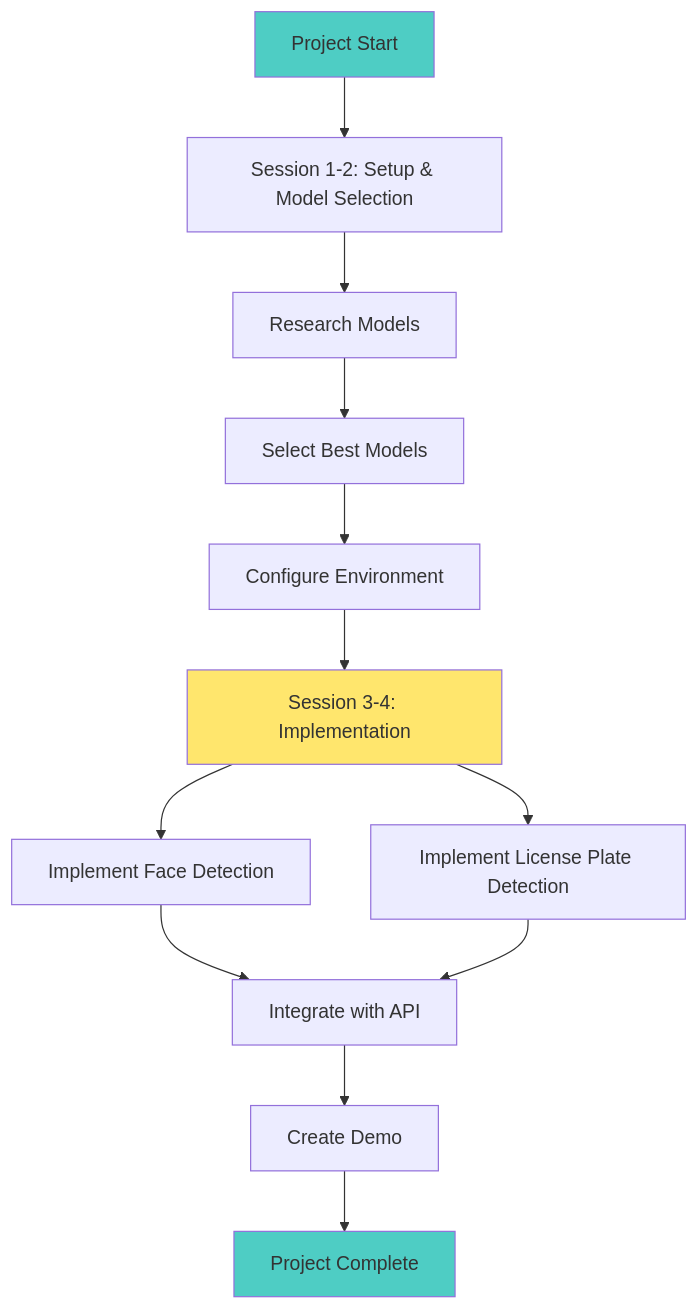
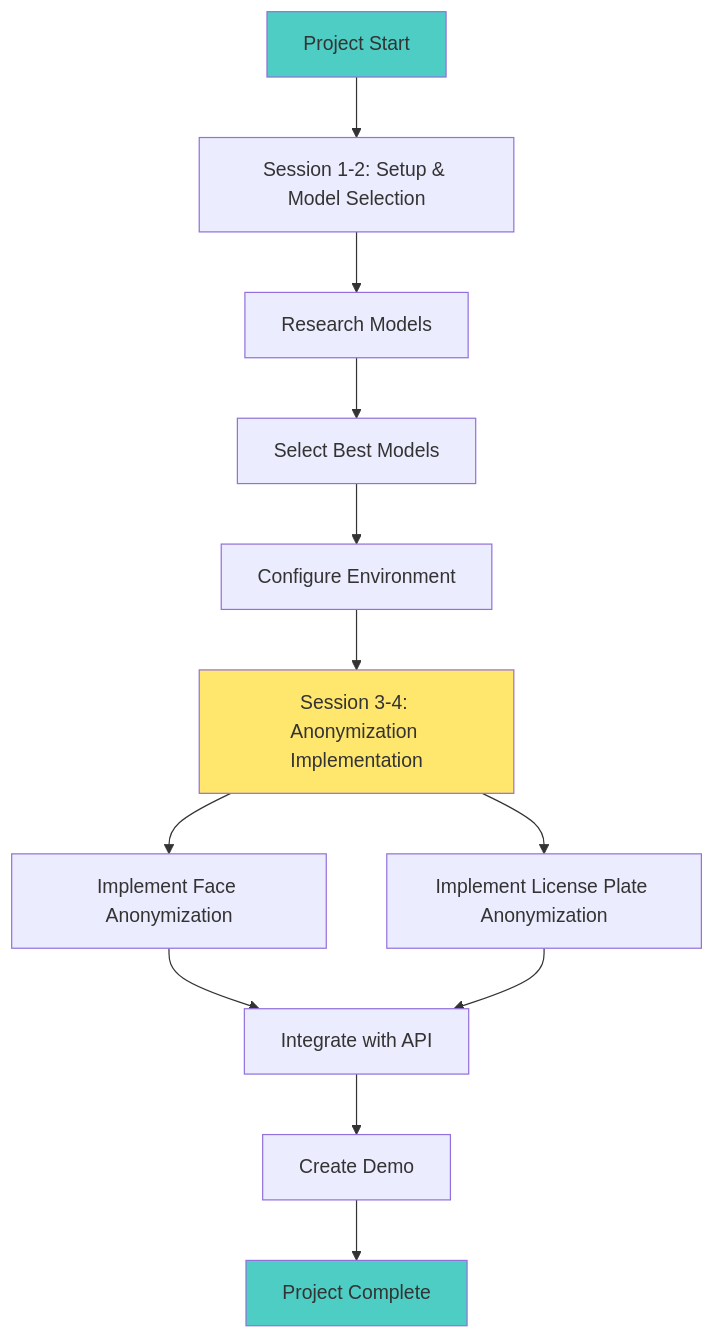
The first of 5 diagrams in docs/PROCESSES.md (FidFenix/htw-emerging-photo), drawn with Mermaid before and after one commit. The commit also changed other lines of this file and 4 other files, not shown here.

````diff
--- a/docs/PROCESSES.md
+++ b/docs/PROCESSES.md
@@ -34,18 +34,18 @@
 ```mermaid
 flowchart TD
     Start[Project Start] --> Setup[Session 1-2: Setup & Model Selection]
     Setup --> Research[Research Models]
     Research --> Select[Select Best Models]
     Select --> Configure[Configure Environment]
-    Configure --> Implementation[Session 3-4: Implementation]
-    Implementation --> FaceDetection[Implement Face Detection]
-    Implementation --> PlateDetection[Implement License Plate Detection]
-    FaceDetection --> Integration[Integrate with API]
-    PlateDetection --> Integration
+    Configure --> Implementation[Session 3-4: Anonymization Implementation]
+    Implementation --> FaceAnonymization[Implement Face Anonymization]
+    Implementation --> PlateAnonymization[Implement License Plate Anonymization]
+    FaceAnonymization --> Integration[Integrate with API]
+    PlateAnonymization --> Integration
     Integration --> Demo[Create Demo]
     Demo --> End[Project Complete]
     
     style Start fill:#4ecdc4
     style End fill:#4ecdc4
     style Implementation fill:#ffe66d
 ```
````
